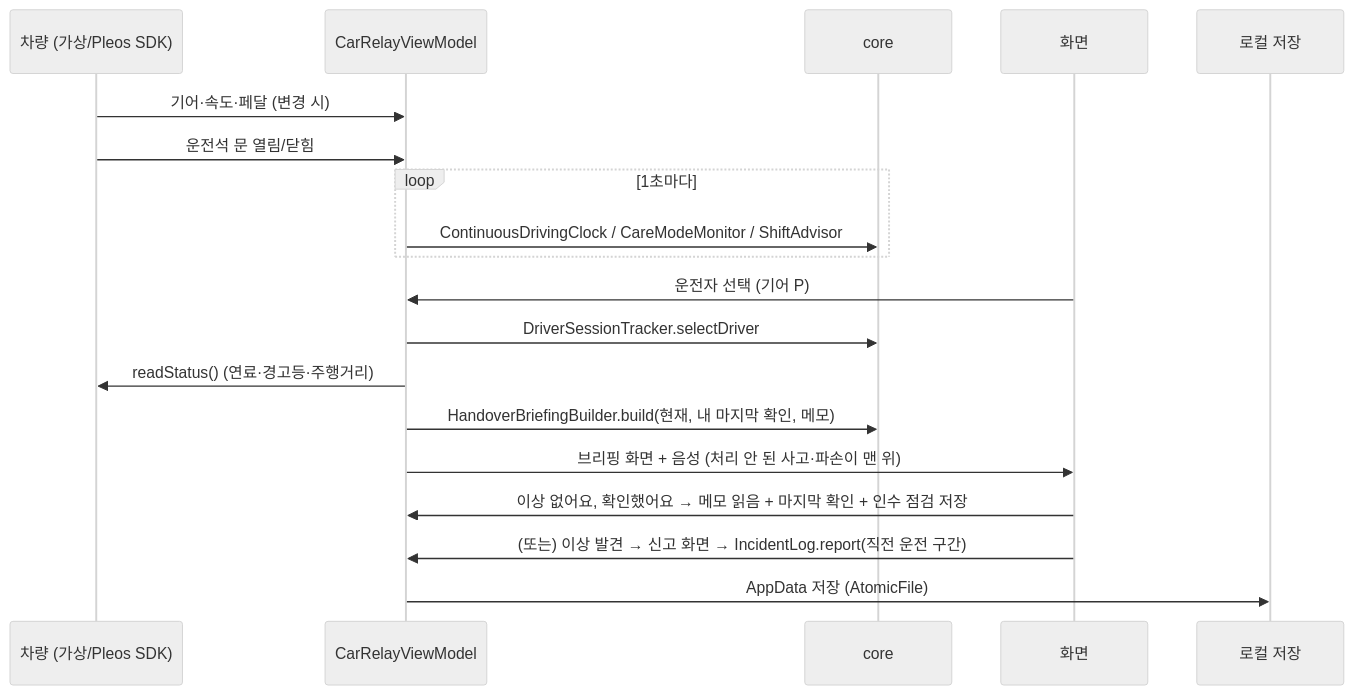
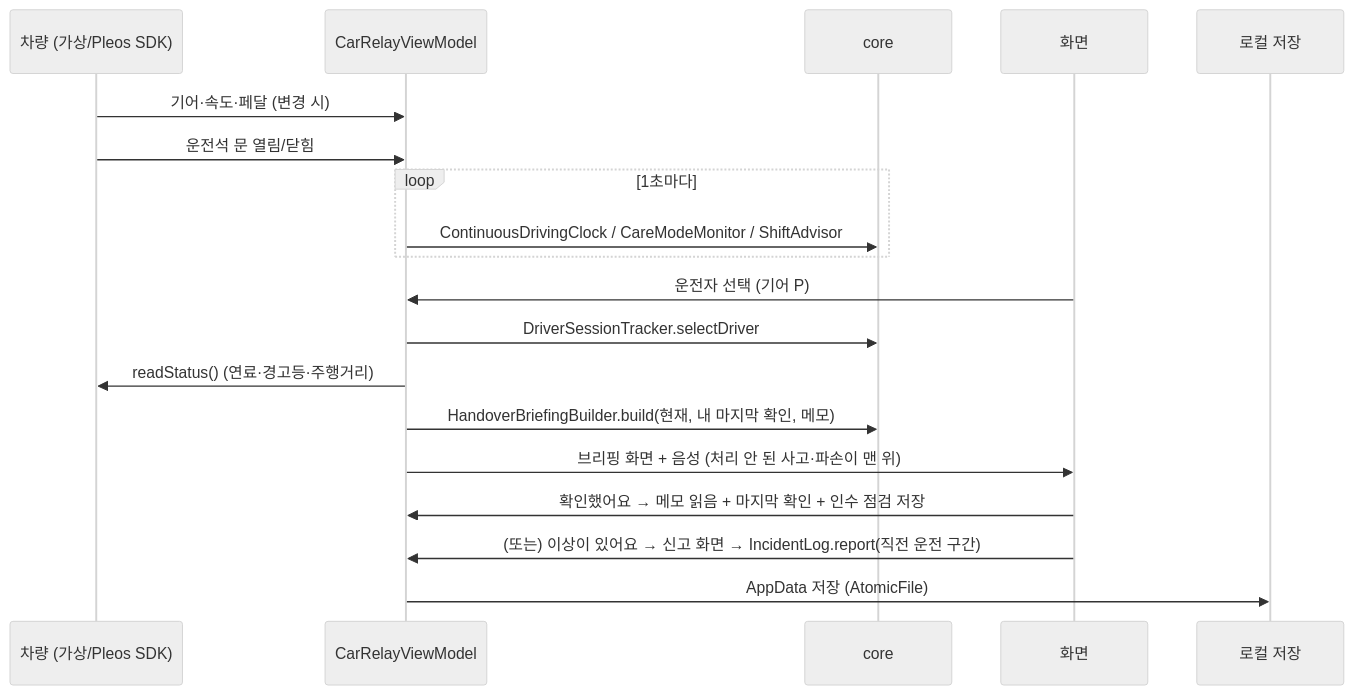
One commit to youngchaai/carrelay changed the first of 4 diagrams in docs/02_아키텍처.md. Above: the diagram before and after it, drawn with Mermaid (neutral theme). The commit also changed other lines of this file and 18 other files, not shown here.

````diff
--- a/docs/02_아키텍처.md
+++ b/docs/02_아키텍처.md
@@ -16,22 +16,22 @@
 ```mermaid
 sequenceDiagram
     participant Car as 차량 (가상/Pleos SDK)
     participant VM as CarRelayViewModel
     participant Core as core
     participant UI as 화면
     participant Store as 로컬 저장
 
     Car->>VM: 기어·속도·페달 (변경 시)
     Car->>VM: 운전석 문 열림/닫힘
     loop 1초마다
         VM->>Core: ContinuousDrivingClock / CareModeMonitor / ShiftAdvisor
     end
     UI->>VM: 운전자 선택 (기어 P)
     VM->>Core: DriverSessionTracker.selectDriver
     VM->>Car: readStatus() (연료·경고등·주행거리)
     VM->>Core: HandoverBriefingBuilder.build(현재, 내 마지막 확인, 메모)
     VM->>UI: 브리핑 화면 + 음성 (처리 안 된 사고·파손이 맨 위)
-    UI->>VM: 이상 없어요, 확인했어요 → 메모 읽음 + 마지막 확인 + 인수 점검 저장
-    UI->>VM: (또는) 이상 발견 → 신고 화면 → IncidentLog.report(직전 운전 구간)
+    UI->>VM: 확인했어요 → 메모 읽음 + 마지막 확인 + 인수 점검 저장
+    UI->>VM: (또는) 이상이 있어요 → 신고 화면 → IncidentLog.report(직전 운전 구간)
     VM->>Store: AppData 저장 (AtomicFile)
 ```
````
